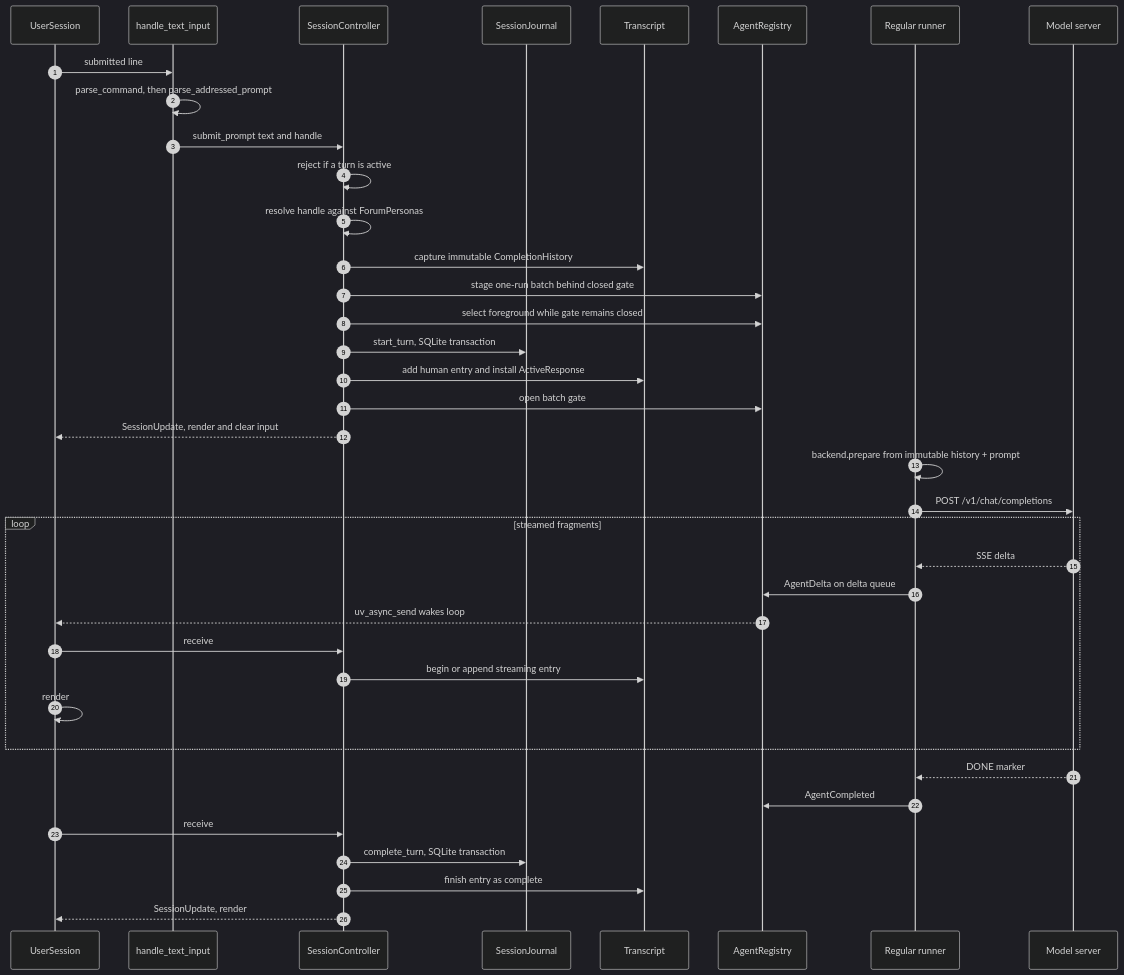
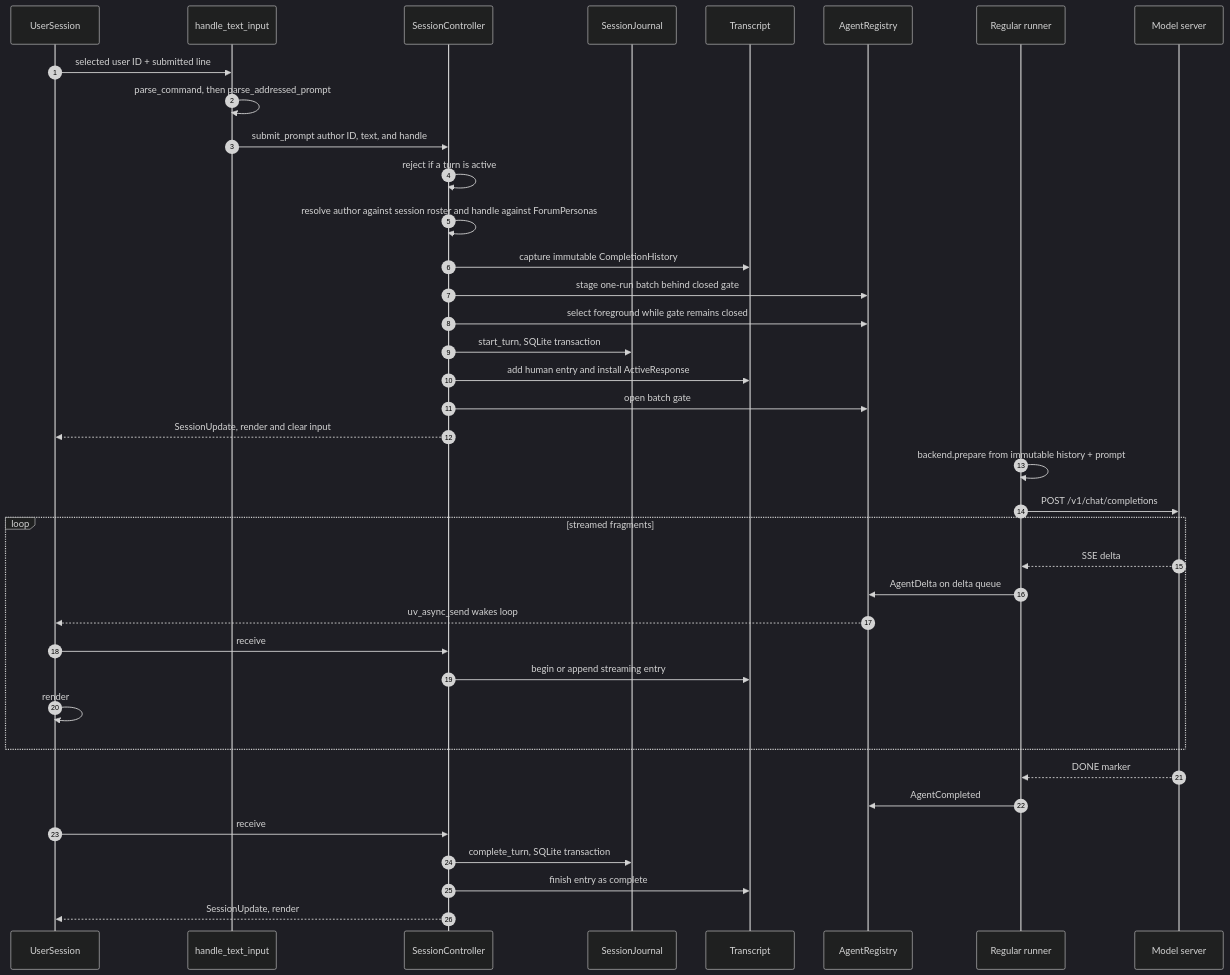
Before and after one commit to michaelpopov/cha: the third of 4 diagrams in src/README.md, drawn with Mermaid (dark theme). The commit also changed other lines of this file and 8 other files, not shown here.

````diff
--- a/src/README.md
+++ b/src/README.md
@@ -239,42 +247,42 @@
 ```mermaid
 sequenceDiagram
     autonumber
     participant U as UserSession
     participant T as handle_text_input
     participant C as SessionController
     participant J as SessionJournal
     participant V as Transcript
     participant G as AgentRegistry
     participant W as Regular runner
     participant P as Model server
 
-    U->>T: submitted line
+    U->>T: selected user ID + submitted line
     T->>T: parse_command, then parse_addressed_prompt
-    T->>C: submit_prompt text and handle
+    T->>C: submit_prompt author ID, text, and handle
     C->>C: reject if a turn is active
-    C->>C: resolve handle against ForumPersonas
+    C->>C: resolve author against session roster and handle against ForumPersonas
     C->>V: capture immutable CompletionHistory
     C->>G: stage one-run batch behind closed gate
     C->>G: select foreground while gate remains closed
     C->>J: start_turn, SQLite transaction
     C->>V: add human entry and install ActiveResponse
     C->>G: open batch gate
     C-->>U: SessionUpdate, render and clear input
 
     W->>W: backend.prepare from immutable history + prompt
     W->>P: POST /v1/chat/completions
     loop streamed fragments
         P-->>W: SSE delta
         W->>G: AgentDelta on delta queue
         G-->>U: uv_async_send wakes loop
         U->>C: receive
         C->>V: begin or append streaming entry
         U->>U: render
     end
     P-->>W: DONE marker
     W->>G: AgentCompleted
     U->>C: receive
     C->>J: complete_turn, SQLite transaction
     C->>V: finish entry as complete
     C-->>U: SessionUpdate, render
 ```
````
